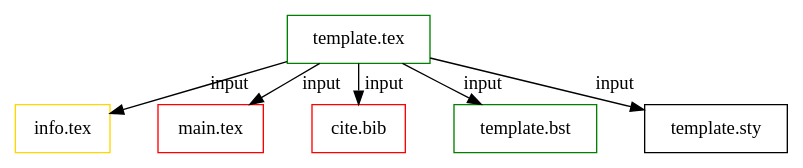
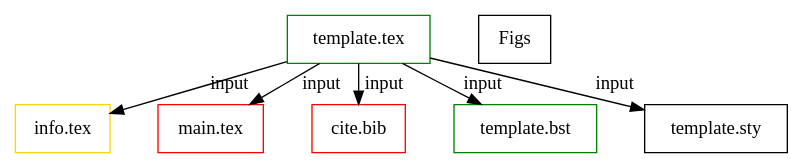
The diagram in texTemplate.org (bwtian/texTemplate), drawn with Graphviz before and after one commit.

Commit message:
/ ‘texTemplate.org’

```diff
--- a/texTemplate.org
+++ b/texTemplate.org
@@ -4,21 +4,22 @@
 #+BEGIN_SRC dot :file ./texTemplate.svg 
 digraph { 
 fontname="Times"; 
 fontsize = 12; 
 splines = false; 
 ranksep = 0.2; 
 nodesep = 0.5; 
 node [shape = box] 
 //1. set node 
 temp [label = "template.tex", color = green]
 info [label = "info.tex", color = gold]
 main [label = "main.tex", color = red]
 bib [label = "cite.bib", color = red]
 bst [label = "template.bst", color = green]
 sty [label = "template.sty"]
+fig [label = "Figs"]
 //2. set path 
 temp -> {info,main, bib, bst, sty} [label = input]
 //3. set rank 
 
 }
 #+END_SRC
```
